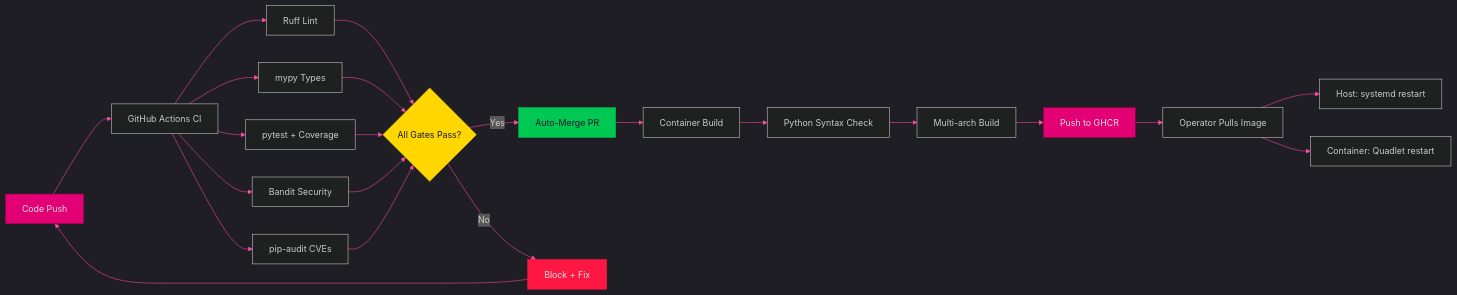
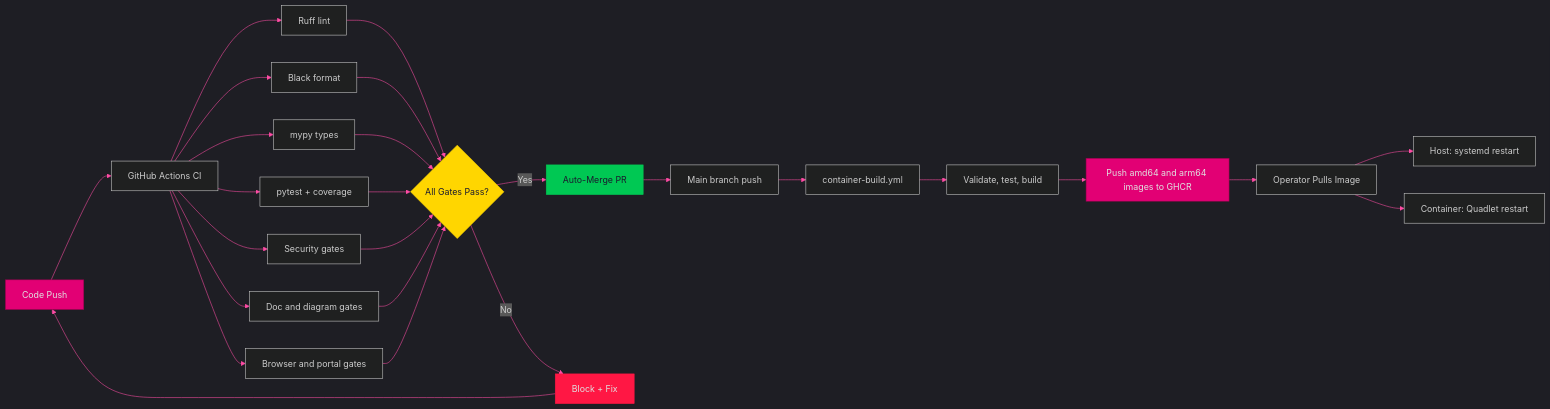
One commit to jmorrison-juniper/MistHelper changed the first of 3 diagrams in documentation/diagrams/infrastructure/deployment-pipeline.md. Above: the diagram before and after it, drawn with Mermaid. The commit also changed other lines of this file and 110 other files, not shown here.

````diff
--- a/documentation/diagrams/infrastructure/deployment-pipeline.md
+++ b/documentation/diagrams/infrastructure/deployment-pipeline.md
@@ -11,44 +11,48 @@
 ```mermaid
 %%{init: {'theme': 'dark', 'themeVariables': {
   'primaryColor': '#E20074',
   'primaryTextColor': '#E0E0E0',
   'primaryBorderColor': '#99004D',
   'lineColor': '#FF4DA6',
   'secondaryColor': '#16213E',
   'tertiaryColor': '#1A1A2E',
   'fontFamily': 'ui-monospace, monospace'
 }}}%%
 flowchart LR
     A[Code Push] --> B[GitHub Actions CI]
-    
-    B --> C1[Ruff Lint]
-    B --> C2[mypy Types]
-    B --> C3[pytest + Coverage]
-    B --> C4[Bandit Security]
-    B --> C5[pip-audit CVEs]
-    
+
+    B --> C1[Ruff lint]
+    B --> C2[Black format]
+    B --> C3[mypy types]
+    B --> C4[pytest + coverage]
+    B --> C5[Security gates]
+    B --> C6[Doc and diagram gates]
+    B --> C7[Browser and portal gates]
+
     C1 --> D{All Gates Pass?}
     C2 --> D
     C3 --> D
     C4 --> D
     C5 --> D
-    
+    C6 --> D
+    C7 --> D
+
     D -->|Yes| E[Auto-Merge PR]
     D -->|No| F[Block + Fix]
     F --> A
-    
-    E --> G[Container Build]
-    G --> H[Python Syntax Check]
-    H --> I[Multi-arch Build]
-    I --> J[Push to GHCR]
+
+    E --> G[Main branch push]
+    G --> H[container-build.yml]
+    H --> I[Validate, test, build]
+    I --> J[Push amd64 and arm64 images to GHCR]
     J --> K[Operator Pulls Image]
-    
+
     K --> L1[Host: systemd restart]
     K --> L2[Container: Quadlet restart]
 
     style A fill:#E20074,stroke:#99004D,color:#E0E0E0
     style D fill:#FFD600,stroke:#FFD600,color:#1A1A2E
     style E fill:#00C853,stroke:#00C853,color:#1A1A2E
     style F fill:#FF1744,stroke:#FF1744,color:#E0E0E0
     style J fill:#E20074,stroke:#99004D,color:#E0E0E0
 ```
````
